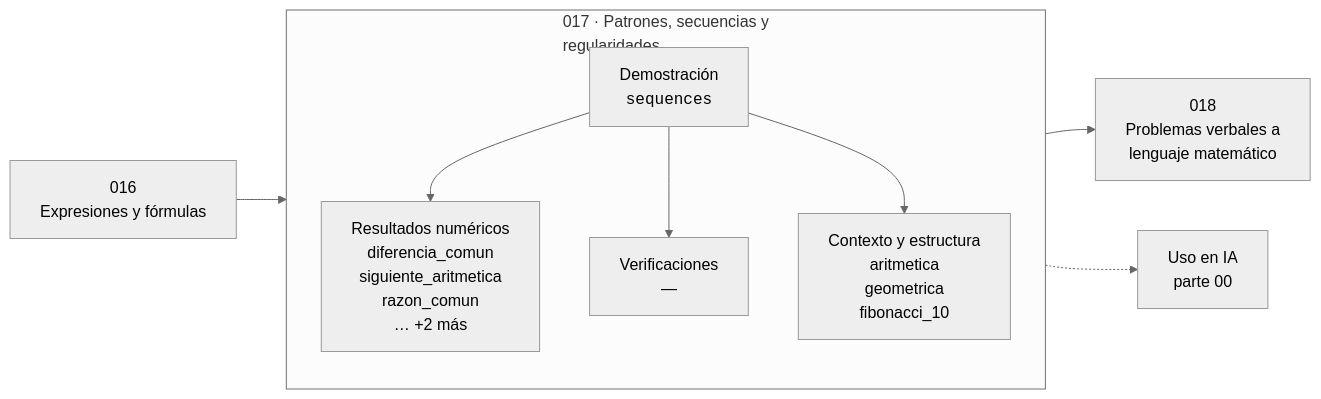
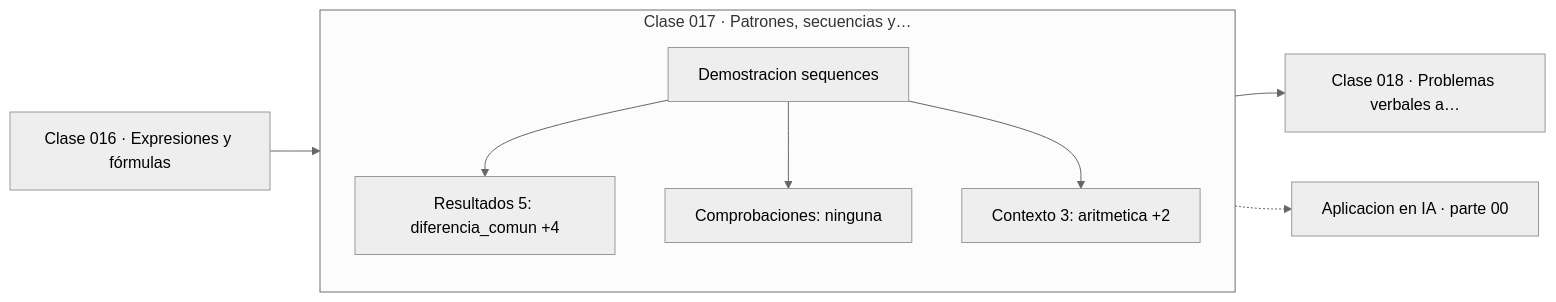
One commit to vladimiracunadev-create/computational-mathematics-program changed the diagram in classes/part-00-pensamiento-matematico-desde-cero/017-patrones-secuencias-y-regularidades/README.md. Above: the diagram before and after it, drawn with Mermaid (neutral theme). The commit also changed 389 other files, not shown here.

First line of the commit message:
fix(diagramas): elimina el HTML de las etiquetas Mermaid

````diff
--- a/classes/part-00-pensamiento-matematico-desde-cero/017-patrones-secuencias-y-regularidades/README.md
+++ b/classes/part-00-pensamiento-matematico-desde-cero/017-patrones-secuencias-y-regularidades/README.md
@@ -36,12 +36,13 @@
 ```mermaid
 flowchart LR
-    P["016<br/>Expresiones y fórmulas"] --> C
-    subgraph C["017 · Patrones, secuencias y<br/>regularidades"]
+    P["Clase 016 · Expresiones y fórmulas"] --> D
+    subgraph CLASE["Clase 017 · Patrones, secuencias y…"]
         direction TB
-        D["Demostración<br/><code>sequences</code>"] --> R["Resultados numéricos<br/>diferencia_comun<br/>siguiente_aritmetica<br/>razon_comun<br/>… +2 más"]
-        D --> V["Verificaciones<br/>—"]
-        D --> O["Contexto y estructura<br/>aritmetica<br/>geometrica<br/>fibonacci_10"]
+        D["Demostracion sequences"]
+        D --> R["Resultados 5: diferencia_comun +4"]
+        D --> V["Comprobaciones: ninguna"]
+        D --> O["Contexto 3: aritmetica +2"]
     end
-    C --> N["018<br/>Problemas verbales a<br/>lenguaje matemático"]
-    C -.-> IA["Uso en IA<br/>parte 00"]
+    R --> N["Clase 018 · Problemas verbales a…"]
+    V -.-> IA["Aplicacion en IA · parte 00"]
 ```
````
